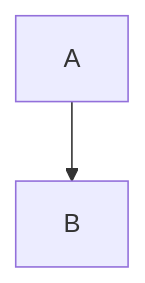
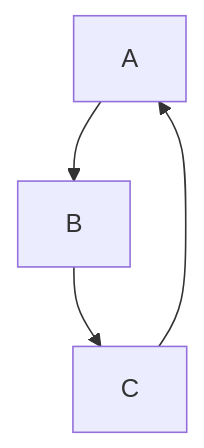
Before and after one commit to mkonstak/Mermaid: the diagram in README.md, drawn with Mermaid.

Commit message:
1st flow

````diff
--- a/README.md
+++ b/README.md
@@ -3,4 +3,6 @@
 ```mermaid
 flowchart TB
     A --> B
+    B --> C
+    C --> A
 ```
````
